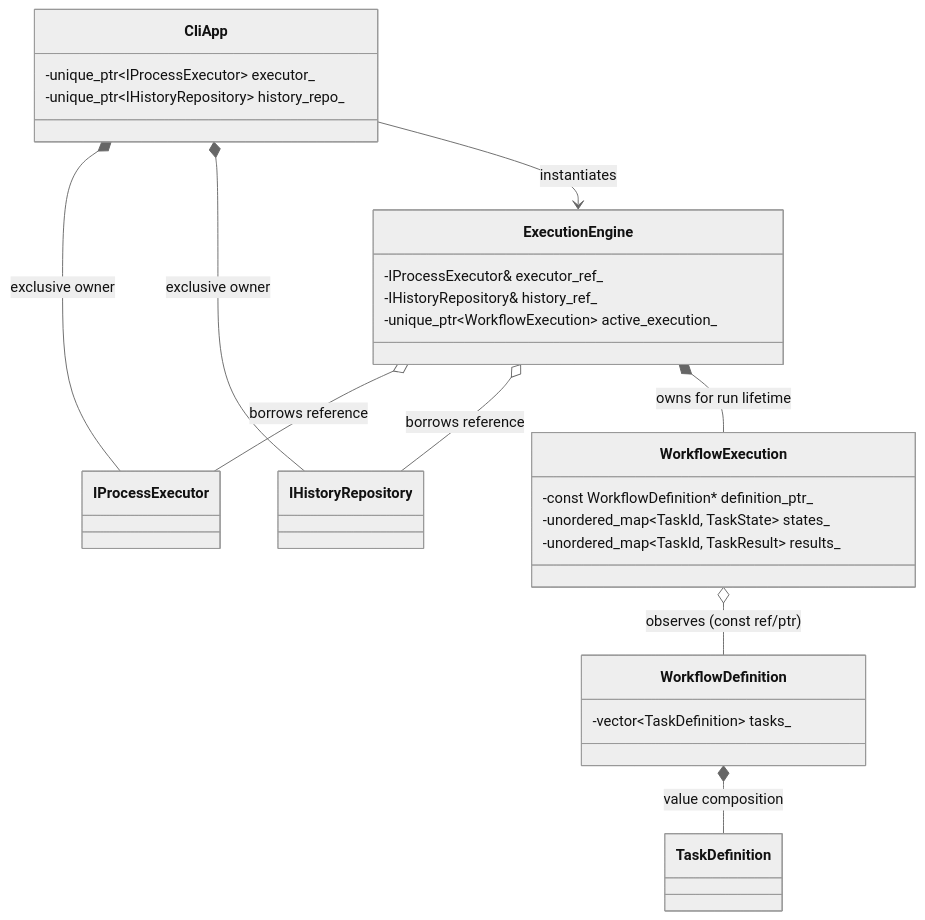
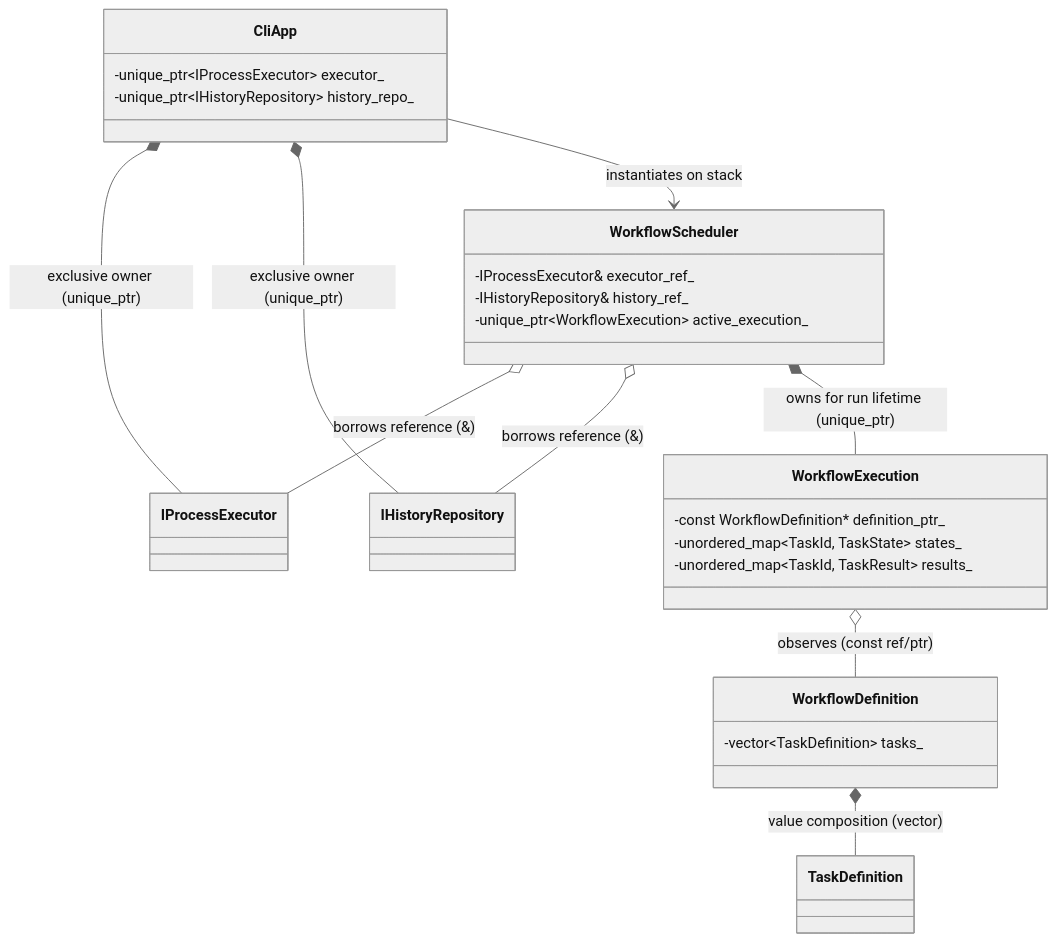
Before and after one commit to vishalpalepu/TaskForge: the third of 4 diagrams in docs/architecture.md, drawn with Mermaid (neutral theme). The commit also changed other lines of this file and 4 other files, not shown here.

Commit message:
docs: refine architecture proposal with explicit distinctions and MSVC target

````diff
--- a/docs/architecture.md
+++ b/docs/architecture.md
@@ -209,30 +133,30 @@
 ```mermaid
 classDiagram
     direction TB
     class CliApp {
         -unique_ptr~IProcessExecutor~ executor_
         -unique_ptr~IHistoryRepository~ history_repo_
     }
-    class ExecutionEngine {
+    class WorkflowScheduler {
         -IProcessExecutor& executor_ref_
         -IHistoryRepository& history_ref_
         -unique_ptr~WorkflowExecution~ active_execution_
     }
     class WorkflowExecution {
         -const WorkflowDefinition* definition_ptr_
         -unordered_map~TaskId, TaskState~ states_
         -unordered_map~TaskId, TaskResult~ results_
     }
     class WorkflowDefinition {
         -vector~TaskDefinition~ tasks_
     }
 
-    CliApp *-- IProcessExecutor : exclusive owner
-    CliApp *-- IHistoryRepository : exclusive owner
-    CliApp --> ExecutionEngine : instantiates
-    ExecutionEngine o-- IProcessExecutor : borrows reference
-    ExecutionEngine o-- IHistoryRepository : borrows reference
-    ExecutionEngine *-- WorkflowExecution : owns for run lifetime
+    CliApp *-- IProcessExecutor : exclusive owner (unique_ptr)
+    CliApp *-- IHistoryRepository : exclusive owner (unique_ptr)
+    CliApp --> WorkflowScheduler : instantiates on stack
+    WorkflowScheduler o-- IProcessExecutor : borrows reference (&)
+    WorkflowScheduler o-- IHistoryRepository : borrows reference (&)
+    WorkflowScheduler *-- WorkflowExecution : owns for run lifetime (unique_ptr)
     WorkflowExecution o-- WorkflowDefinition : observes (const ref/ptr)
-    WorkflowDefinition *-- TaskDefinition : value composition
+    WorkflowDefinition *-- TaskDefinition : value composition (vector)
 ```
````
